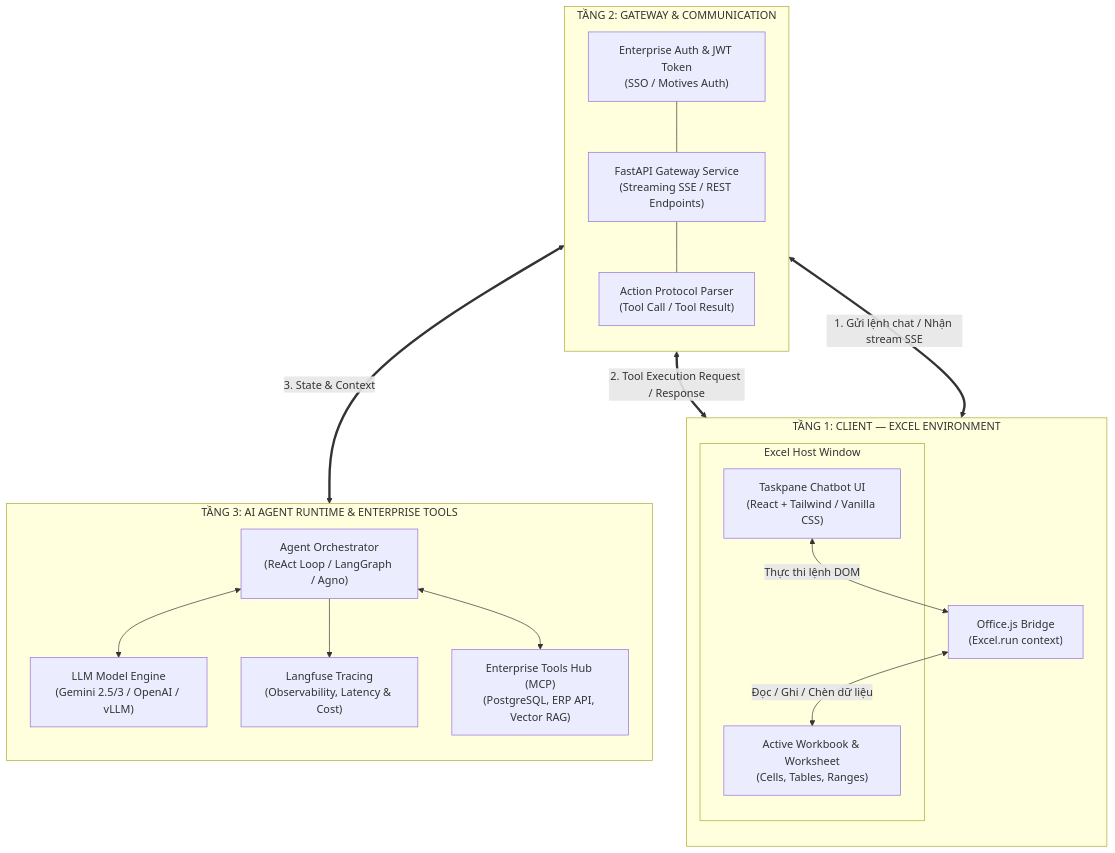
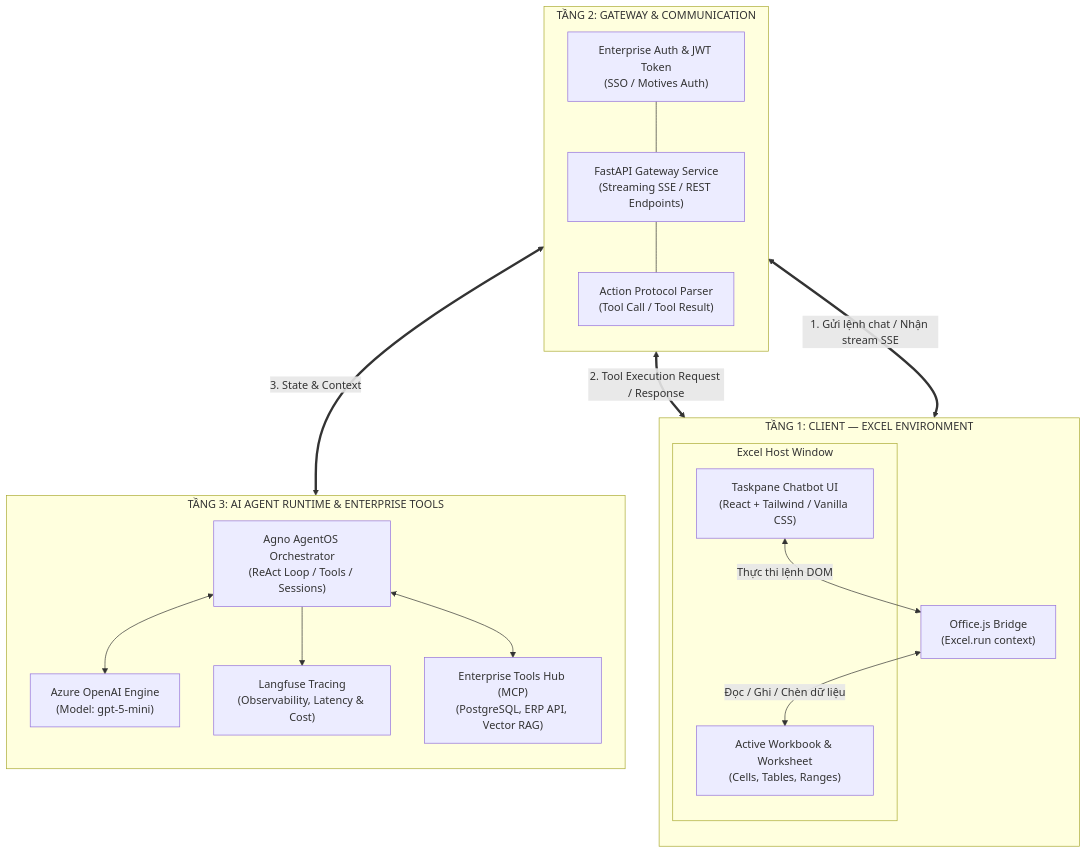
Before and after one commit to superken-python/ai-architecture: the first of 2 diagrams in projects/gemini-excel-ai-agent/docs/02-solution-approach-kien-truc.md, drawn with Mermaid. The commit also changed 52 other files, not shown here.

Commit message:
gemini excel ai agent addin

````diff
--- a/projects/gemini-excel-ai-agent/docs/02-solution-approach-kien-truc.md
+++ b/projects/gemini-excel-ai-agent/docs/02-solution-approach-kien-truc.md
@@ -26,37 +26,37 @@
 ```mermaid
 flowchart TB
     subgraph Tier1 ["TẦNG 1: CLIENT — EXCEL ENVIRONMENT"]
         direction TB
         subgraph Host ["Excel Host Window"]
             Grid["Active Workbook & Worksheet<br/>(Cells, Tables, Ranges)"]
             TaskpaneUI["Taskpane Chatbot UI<br/>(React + Tailwind / Vanilla CSS)"]
         end
         OfficeBridge["Office.js Bridge<br/>(Excel.run context)"]
         TaskpaneUI <-->|Thực thi lệnh DOM| OfficeBridge
         OfficeBridge <-->|Đọc / Ghi / Chèn dữ liệu| Grid
     end
 
     subgraph Tier2 ["TẦNG 2: GATEWAY & COMMUNICATION"]
         direction TB
         Auth["Enterprise Auth & JWT Token<br/>(SSO / Motives Auth)"]
         Gateway["FastAPI Gateway Service<br/>(Streaming SSE / REST Endpoints)"]
         Protocol["Action Protocol Parser<br/>(Tool Call / Tool Result)"]
         Auth --- Gateway
         Gateway --- Protocol
     end
 
     subgraph Tier3 ["TẦNG 3: AI AGENT RUNTIME & ENTERPRISE TOOLS"]
         direction TB
-        AgentOrch["Agent Orchestrator<br/>(ReAct Loop / LangGraph / Agno)"]
-        LLMHub["LLM Model Engine<br/>(Gemini 2.5/3 / OpenAI / vLLM)"]
+        AgentOrch["Agno AgentOS Orchestrator<br/>(ReAct Loop / Tools / Sessions)"]
+        LLMHub["Azure OpenAI Engine<br/>(Model: gpt-5-mini)"]
         Tracing["Langfuse Tracing<br/>(Observability, Latency & Cost)"]
         EnterpriseMCP["Enterprise Tools Hub (MCP)<br/>(PostgreSQL, ERP API, Vector RAG)"]
         AgentOrch <--> LLMHub
         AgentOrch --> Tracing
         AgentOrch <--> EnterpriseMCP
     end
 
     TaskpaneUI <==>|1. Gửi lệnh chat / Nhận stream SSE| Gateway
     Protocol <==>|2. Tool Execution Request / Response| TaskpaneUI
     Gateway <==>|3. State & Context| AgentOrch
 ```
````
